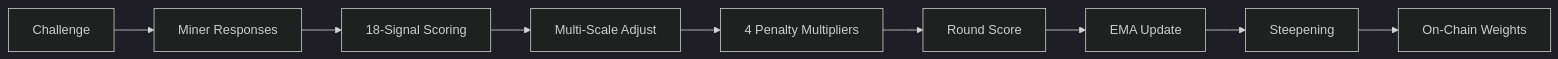
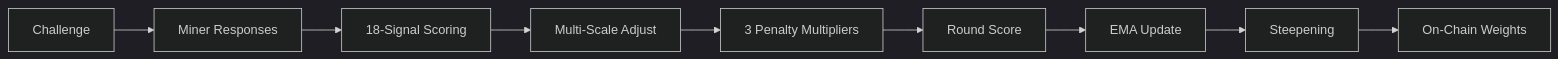
One commit to borgg-dev/tuneforge changed the second of 2 diagrams in README.md. Above: the diagram before and after it, drawn with Mermaid (dark theme). The commit also changed other lines of this file and 8 other files, not shown here.

````diff
--- a/README.md
+++ b/README.md
@@ -245,11 +243,11 @@
 ```mermaid
 graph LR
     A[Challenge] --> B[Miner Responses]
     B --> C[18-Signal Scoring]
     C --> D[Multi-Scale Adjust]
-    D --> E[4 Penalty Multipliers]
+    D --> E[3 Penalty Multipliers]
     E --> F[Round Score]
     F --> G[EMA Update]
     G --> H[Steepening]
     H --> I[On-Chain Weights]
 ```
````
